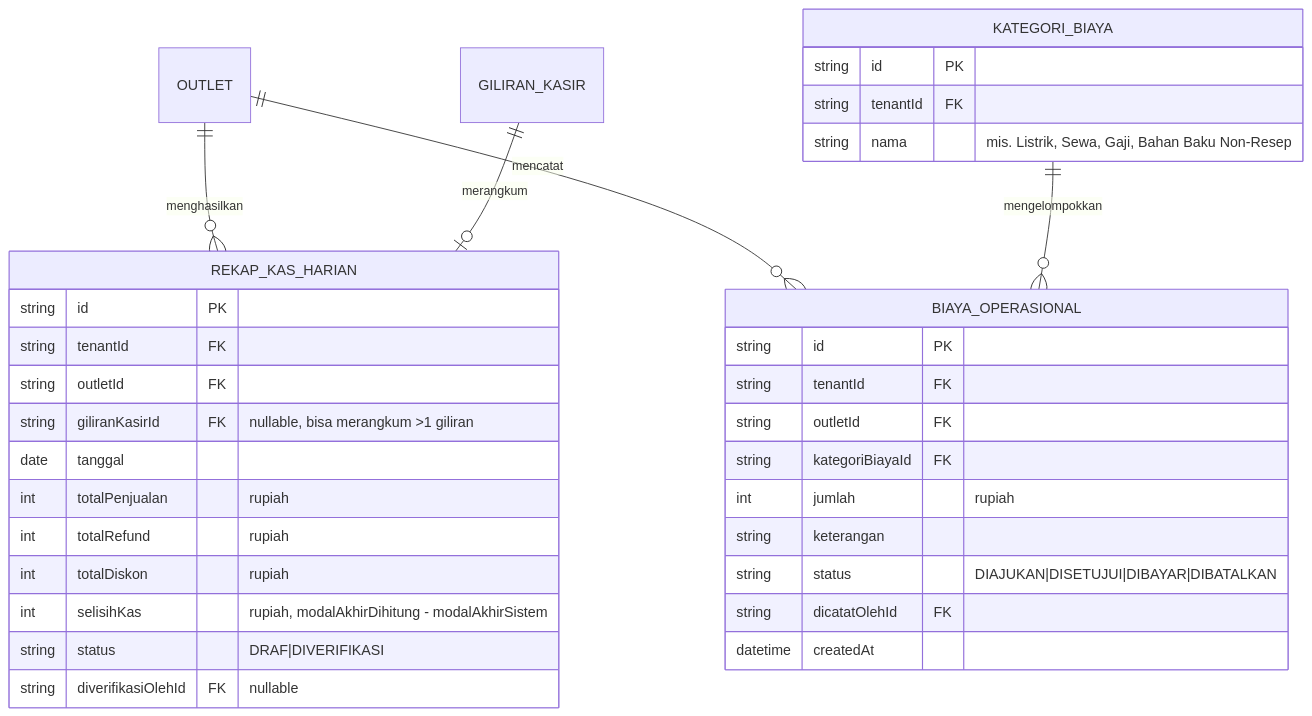
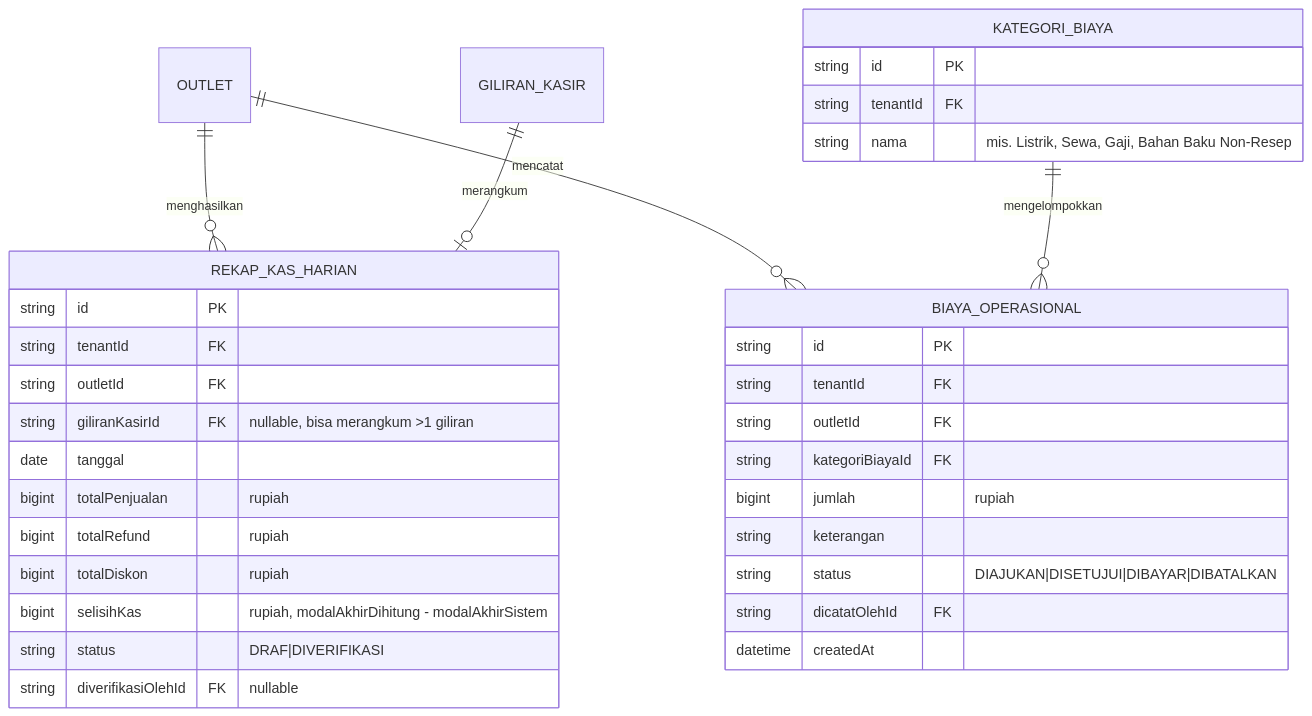
The diagram in docs/database/13-keuangan.md (Cat-tj/altora-resto), drawn with Mermaid before and after one commit. The commit also changed 15 other files, not shown here.

````diff
--- a/docs/database/13-keuangan.md
+++ b/docs/database/13-keuangan.md
@@ -3,37 +3,37 @@
 ```mermaid
 erDiagram
     OUTLET ||--o{ REKAP_KAS_HARIAN : menghasilkan
     GILIRAN_KASIR ||--o| REKAP_KAS_HARIAN : merangkum
     OUTLET ||--o{ BIAYA_OPERASIONAL : mencatat
     KATEGORI_BIAYA ||--o{ BIAYA_OPERASIONAL : mengelompokkan
 
     KATEGORI_BIAYA {
         string id PK
         string tenantId FK
         string nama "mis. Listrik, Sewa, Gaji, Bahan Baku Non-Resep"
     }
     REKAP_KAS_HARIAN {
         string id PK
         string tenantId FK
         string outletId FK
         string giliranKasirId FK "nullable, bisa merangkum >1 giliran"
         date tanggal
-        int totalPenjualan "rupiah"
-        int totalRefund "rupiah"
-        int totalDiskon "rupiah"
-        int selisihKas "rupiah, modalAkhirDihitung - modalAkhirSistem"
+        bigint totalPenjualan "rupiah"
+        bigint totalRefund "rupiah"
+        bigint totalDiskon "rupiah"
+        bigint selisihKas "rupiah, modalAkhirDihitung - modalAkhirSistem"
         string status "DRAF|DIVERIFIKASI"
         string diverifikasiOlehId FK "nullable"
     }
     BIAYA_OPERASIONAL {
         string id PK
         string tenantId FK
         string outletId FK
         string kategoriBiayaId FK
-        int jumlah "rupiah"
+        bigint jumlah "rupiah"
         string keterangan
         string status "DIAJUKAN|DISETUJUI|DIBAYAR|DIBATALKAN"
         string dicatatOlehId FK
         datetime createdAt
     }
 ```
````
